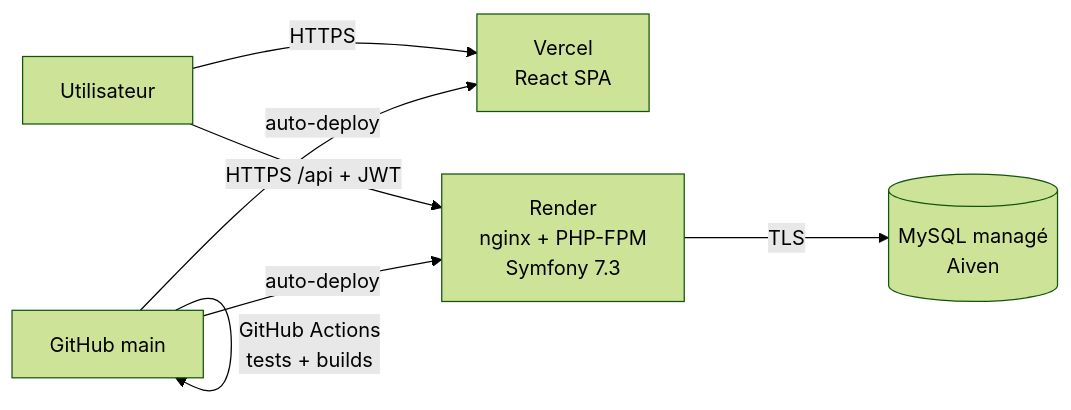
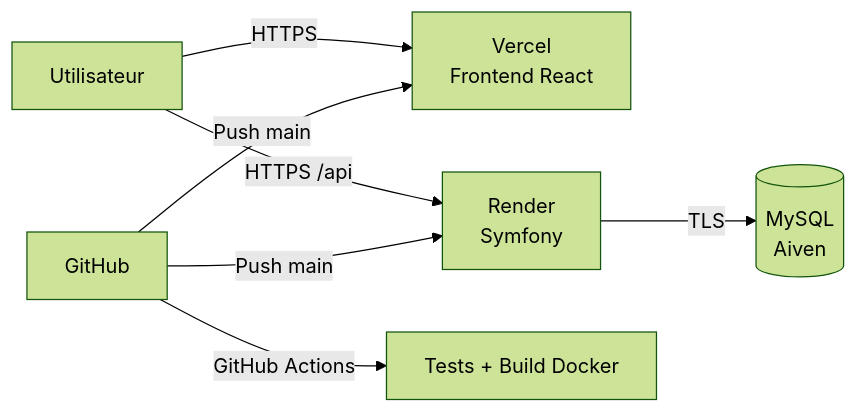
The diagram in README_DEPLOYMENT.md (jdsgsdhghs/MY_BANK), drawn with Mermaid (forest theme) before and after one commit. The commit also changed other lines of this file and 15 other files, not shown here.

````diff
--- a/README_DEPLOYMENT.md
+++ b/README_DEPLOYMENT.md
@@ -19,9 +25,17 @@
 ```mermaid
 graph LR
-    U[Utilisateur] -->|HTTPS| V[Vercel<br/>React SPA]
-    U -->|HTTPS /api + JWT| R[Render<br/>nginx + PHP-FPM<br/>Symfony 7.3]
-    R -->|TLS| M[(MySQL managé<br/>Aiven)]
-    G[GitHub main] -->|auto-deploy| V
-    G -->|auto-deploy| R
-    G -->|GitHub Actions<br/>tests + builds| G
+    U[Utilisateur]
+
+    U -->|HTTPS| V[Vercel<br>Frontend React]
+
+    U -->|HTTPS /api| R[Render<br>Symfony]
+
+    R -->|TLS| DB[(MySQL<br>Aiven)]
+
+    Git[GitHub]
+
+    Git -->|Push main| V
+    Git -->|Push main| R
+
+    Git -->|GitHub Actions| CI[Tests + Build Docker]
 ```
````
